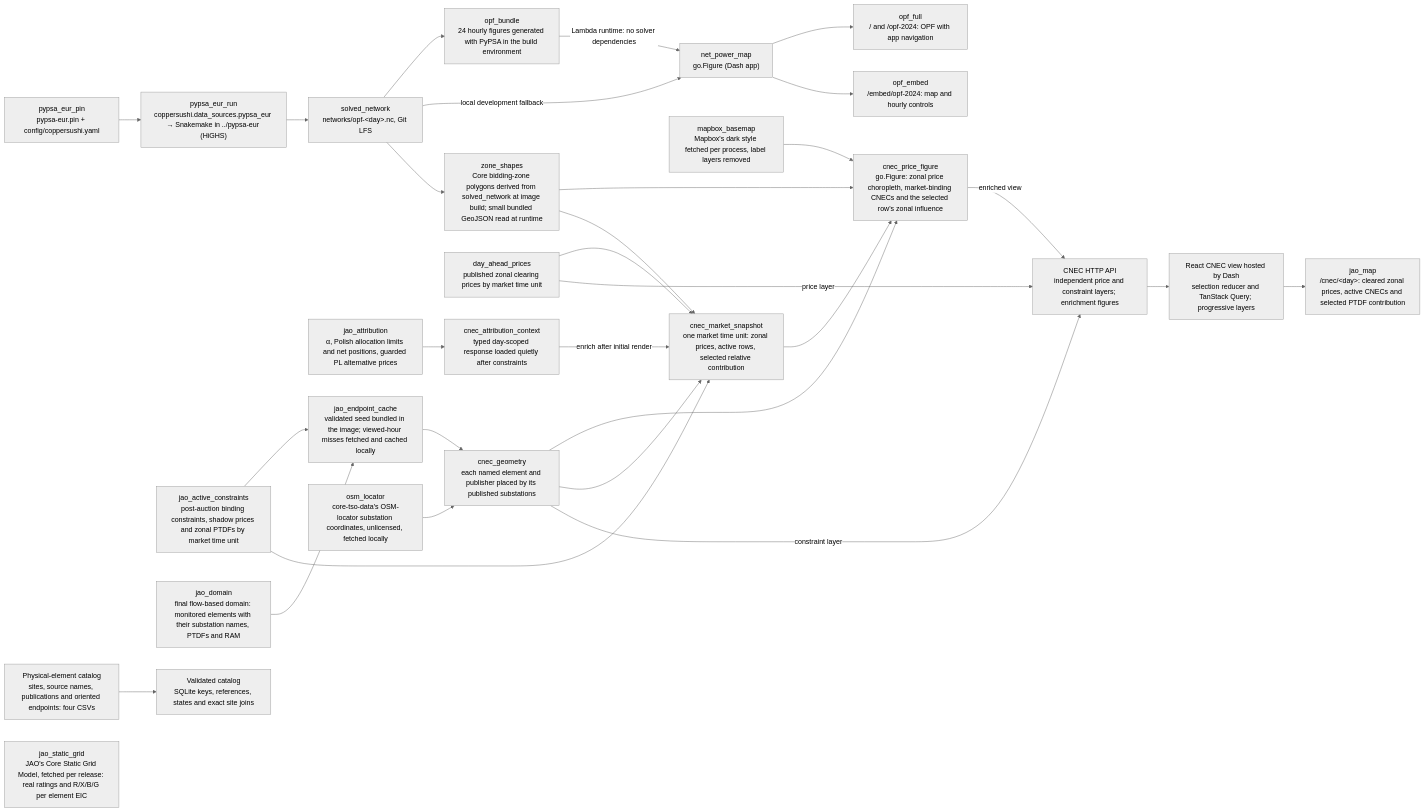
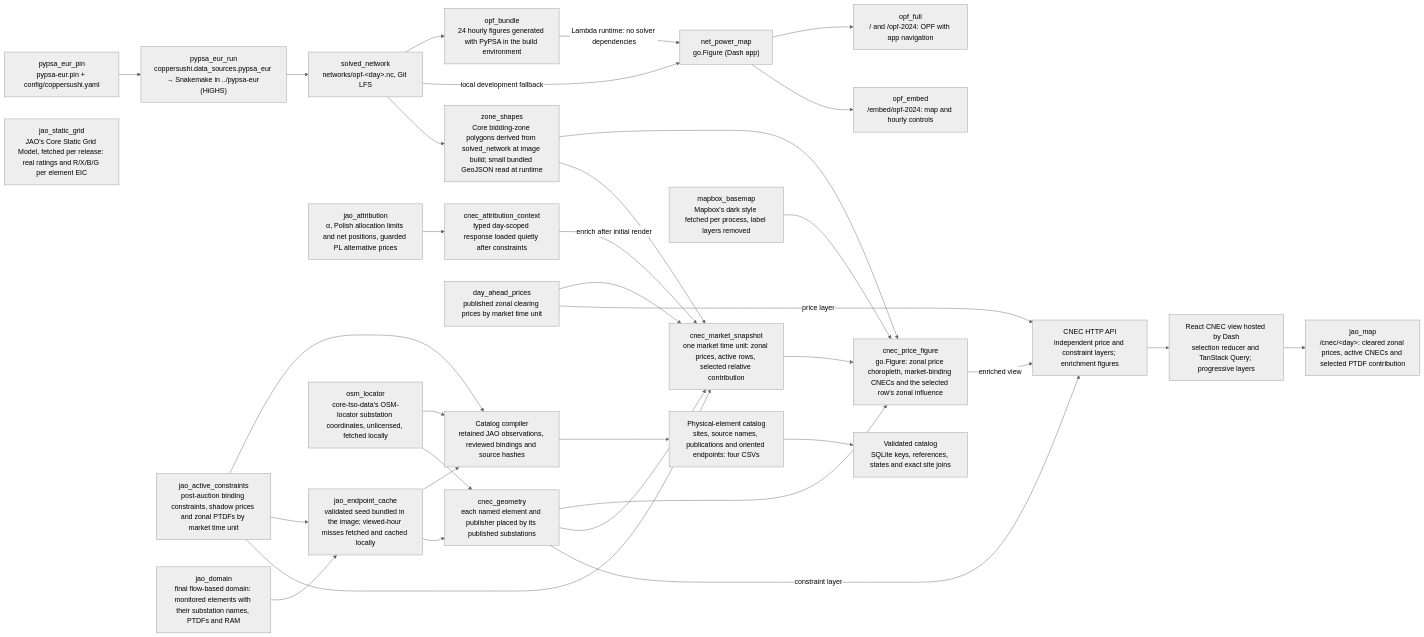
The diagram in wiki/sushi-2.md (zoltanmaric/coppersushi), drawn with Mermaid (neutral theme) before and after one commit. The commit also changed 22 other files, not shown here.

Commit message:
Compile audited element catalogs from retained source observations

````diff
--- a/wiki/sushi-2.md
+++ b/wiki/sushi-2.md
@@ -17,62 +17,67 @@
 ```mermaid
 flowchart LR
     classDef planned stroke-dasharray: 5 5,stroke:#888,fill:none
 
     net_power_map["net_power_map<br/>go.Figure (Dash app)"]
 
     pypsa_eur_pin["pypsa_eur_pin<br/>pypsa-eur.pin + config/coppersushi.yaml"]
     pypsa_eur_run["pypsa_eur_run<br/>coppersushi.data_sources.pypsa_eur → Snakemake in ../pypsa-eur (HiGHS)"]
     solved_network["solved_network<br/>networks/opf-&lt;day&gt;.nc, Git LFS"]
     jao_active_constraints["jao_active_constraints<br/>post-auction binding constraints, shadow prices and zonal PTDFs by market time unit"]
     jao_attribution["jao_attribution<br/>α, Polish allocation limits and net positions, guarded PL alternative prices"]
     cnec_attribution_context["cnec_attribution_context<br/>typed day-scoped response loaded quietly after constraints"]
     jao_domain["jao_domain<br/>final flow-based domain: monitored elements with their substation names, PTDFs and RAM"]
     jao_endpoint_cache["jao_endpoint_cache<br/>validated seed bundled in the image; viewed-hour misses fetched and cached locally"]
     osm_locator["osm_locator<br/>core-tso-data's OSM-locator substation coordinates, unlicensed, fetched locally"]
     element_catalog["Physical-element catalog<br/>sites, source names, publications and oriented endpoints: four CSVs"]
     validated_catalog["Validated catalog<br/>SQLite keys, references, states and exact site joins"]
+    catalog_sweep["Catalog compiler<br/>retained JAO observations, reviewed bindings and source hashes"]
+    jao_endpoint_cache --> catalog_sweep
+    jao_active_constraints --> catalog_sweep
+    osm_locator --> catalog_sweep
+    catalog_sweep --> element_catalog
     element_catalog --> validated_catalog
     cnec_geometry["cnec_geometry<br/>each named element and publisher placed by its published substations"]
     zone_shapes["zone_shapes<br/>Core bidding-zone polygons derived from solved_network at image build; small bundled GeoJSON read at runtime"]
     mapbox_basemap["mapbox_basemap<br/>Mapbox's dark style fetched per process, label layers removed"]
 
     jao_static_grid["jao_static_grid<br/>JAO's Core Static Grid Model, fetched per release: real ratings and R/X/B/G per element EIC"]
 
     day_ahead_prices["day_ahead_prices<br/>published zonal clearing prices by market time unit"]
     cnec_market_snapshot["cnec_market_snapshot<br/>one market time unit: zonal prices, active rows, selected relative contribution"]
     cnec_price_figure["cnec_price_figure<br/>go.Figure: zonal price choropleth, market-binding CNECs and the selected row's zonal influence"]
     jao_map["jao_map<br/>/cnec/&lt;day&gt;: cleared zonal prices, active CNECs and selected PTDF contribution"]
 
     pypsa_eur_pin --> pypsa_eur_run
     pypsa_eur_run --> solved_network
     opf_full["opf_full<br/>/ and /opf-2024: OPF with app navigation"]
     opf_embed["opf_embed<br/>/embed/opf-2024: map and hourly controls"]
     net_power_map --> opf_full
     net_power_map --> opf_embed
     opf_bundle["opf_bundle<br/>24 hourly figures generated with PyPSA in the build environment"]
     solved_network --> opf_bundle
     opf_bundle -->|Lambda runtime: no solver dependencies| net_power_map
     solved_network -->|local development fallback| net_power_map
     solved_network --> zone_shapes
     zone_shapes --> cnec_price_figure
     jao_domain --> jao_endpoint_cache
     jao_active_constraints --> jao_endpoint_cache
     jao_endpoint_cache --> cnec_geometry
     osm_locator --> cnec_geometry
     cnec_geometry --> cnec_price_figure
     mapbox_basemap --> cnec_price_figure
     jao_attribution --> cnec_attribution_context
     cnec_attribution_context -->|enrich after initial render| cnec_market_snapshot
     cnec_geometry --> cnec_market_snapshot
     zone_shapes --> cnec_market_snapshot
     jao_active_constraints --> cnec_market_snapshot
     day_ahead_prices --> cnec_market_snapshot
     cnec_market_snapshot --> cnec_price_figure
     cnec_http["CNEC HTTP API<br/>independent price and constraint layers; enrichment figures"]
     react_cnec["React CNEC view hosted by Dash<br/>selection reducer and TanStack Query; progressive layers"]
     day_ahead_prices -->|price layer| cnec_http
     cnec_geometry -->|constraint layer| cnec_http
     cnec_price_figure -->|enriched view| cnec_http
     cnec_http --> react_cnec
     react_cnec --> jao_map
 ```
````
